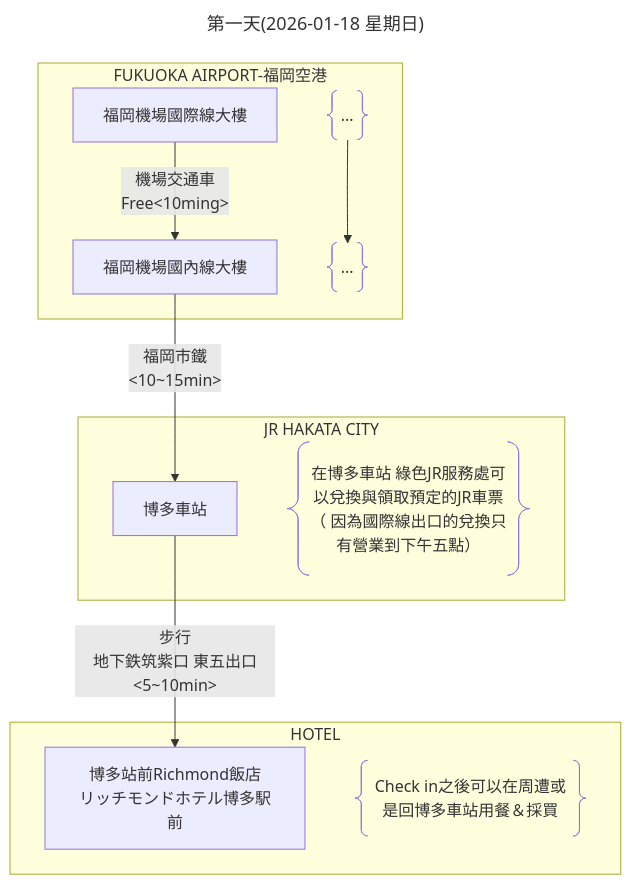
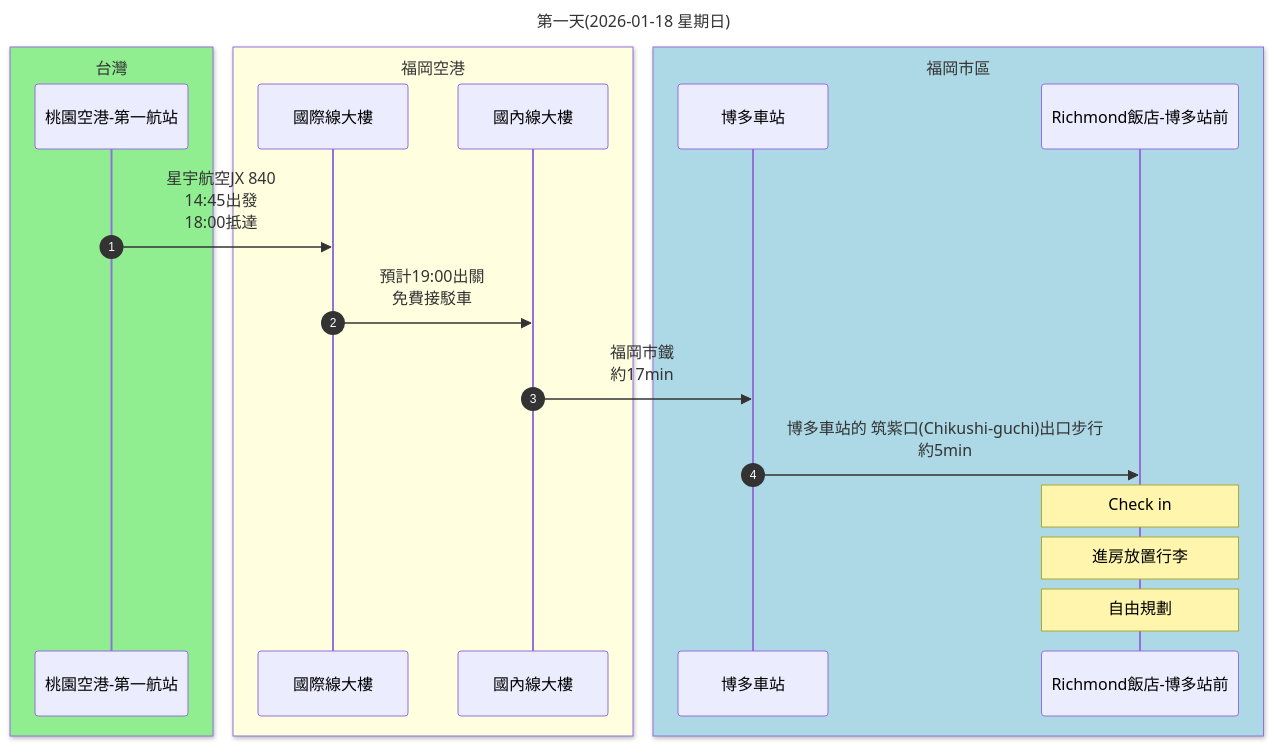
One commit to Shuming-Yang/2026-January-Trip changed the first of 6 diagrams in 行程規劃A.md. Above: the diagram before and after it, drawn with Mermaid. The commit also changed other lines of this file, not shown here.

````diff
--- a/行程規劃A.md
+++ b/行程規劃A.md
@@ -20,25 +20,24 @@
 ```mermaid
----
-title: 第一天(2026-01-18 星期日)
----
-flowchart
-    subgraph FUKUOKA AIRPORT-福岡空港
-        A[福岡機場國際線大樓]
-        B[福岡機場國內線大樓]
-        W@{ shape: braces, label: "..." }
-        X@{ shape: braces, label: "..." }
+sequenceDiagram
+    autonumber
+    title: 第一天(2026-01-18 星期日)
+    box lightgreen 台灣
+    participant A as 桃園空港-第一航站
     end
-    subgraph JR HAKATA CITY
-        C[博多車站]
-        Y@{ shape: braces, label: "在博多車站 綠色JR服務處可以兌換與領取預定的JR車票（ 因為國際線出口的兌換只有營業到下午五點）" }
+    box lightyellow 福岡空港
+    participant B as 國際線大樓
+    participant C as 國內線大樓
     end
-    subgraph HOTEL
-        D[博多站前Richmond飯店<br>リッチモンドホテル博多駅前]
-        Z@{ shape: braces, label: "Check in之後可以在周遭或是回博多車站用餐＆採買" }
+    box lightblue 福岡市區
+    participant D as 博多車站
+    participant E as Richmond飯店-博多站前
     end
-    A --> |機場交通車<br>Free<10ming>| B
-    B --> |福岡市鐵<br><10~15min>| C
-    C --> |步行<br>地下鉄筑紫口 東五出口<5~10min>| D
 
-    W --> X
+    A ->> B: 星宇航空JX 840<br>14:45出發<br>18:00抵達
+    B ->> C: 預計19:00出關<br>免費接駁車
+    C ->> D: 福岡市鐵<br>約17min
+    D ->> E: 博多車站的 筑紫口(Chikushi-guchi)出口步行<br>約5min
+    Note over E: Check in
+    Note over E: 進房放置行李
+    Note over E: 自由規劃
 ```
````
